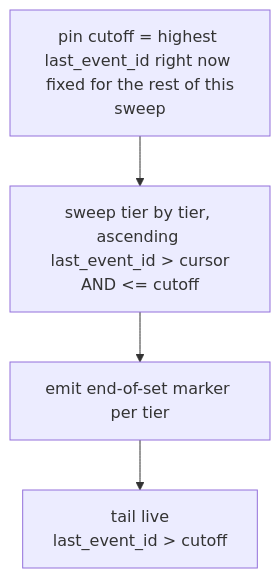
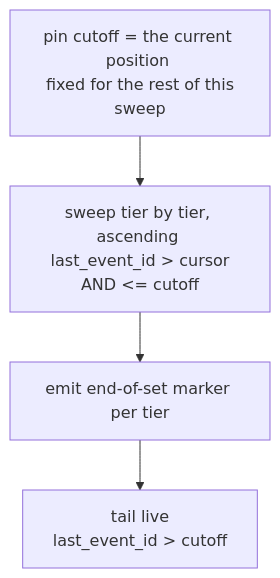
One commit to DKE-Data/masterdata-sync-working-group changed the diagram in architecture/07-sync-streaming.md. Above: the diagram before and after it, drawn with Mermaid. The commit also changed other lines of this file and 5 other files, not shown here.

````diff
--- a/architecture/07-sync-streaming.md
+++ b/architecture/07-sync-streaming.md
@@ -112,10 +107,10 @@
 ```mermaid
 flowchart TB
-    PIN["pin cutoff = highest last_event_id right now \n fixed for the rest of this sweep"]
+    PIN["pin cutoff = the current position \n fixed for the rest of this sweep"]
     SWEEP["sweep tier by tier, ascending \n last_event_id &gt; cursor AND &lt;= cutoff"]
     MARK["emit end-of-set marker per tier"]
     TAIL["tail live \n last_event_id &gt; cutoff"]
     PIN --> SWEEP
     SWEEP --> MARK
     MARK --> TAIL
 ```
````
